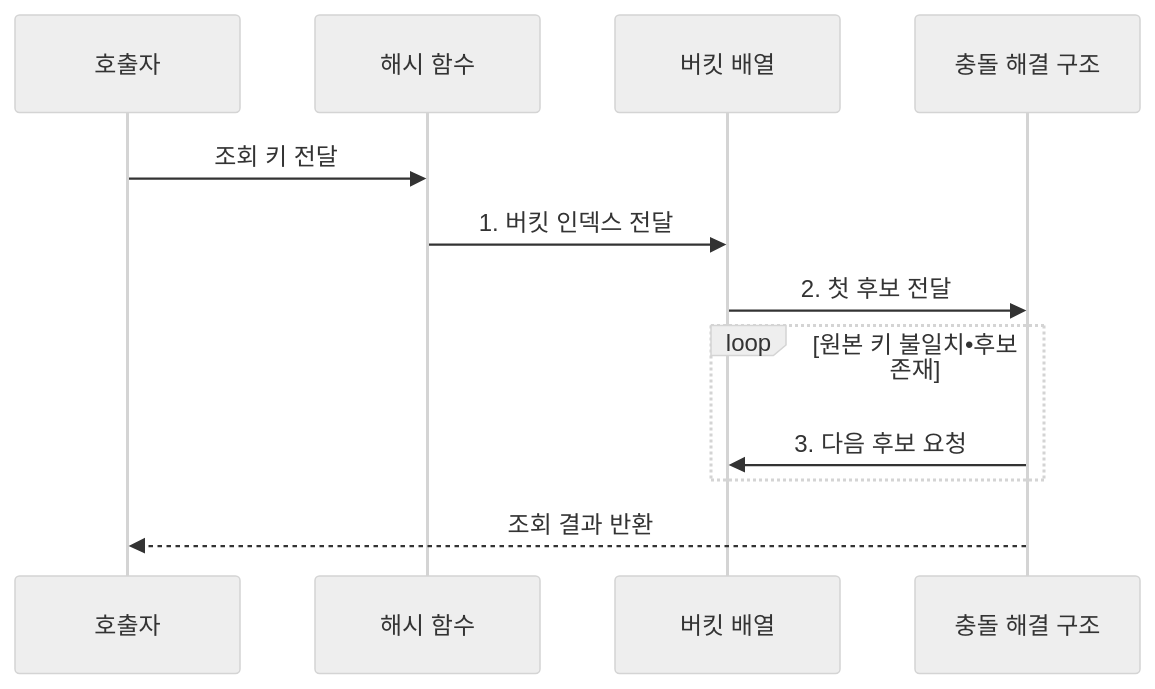
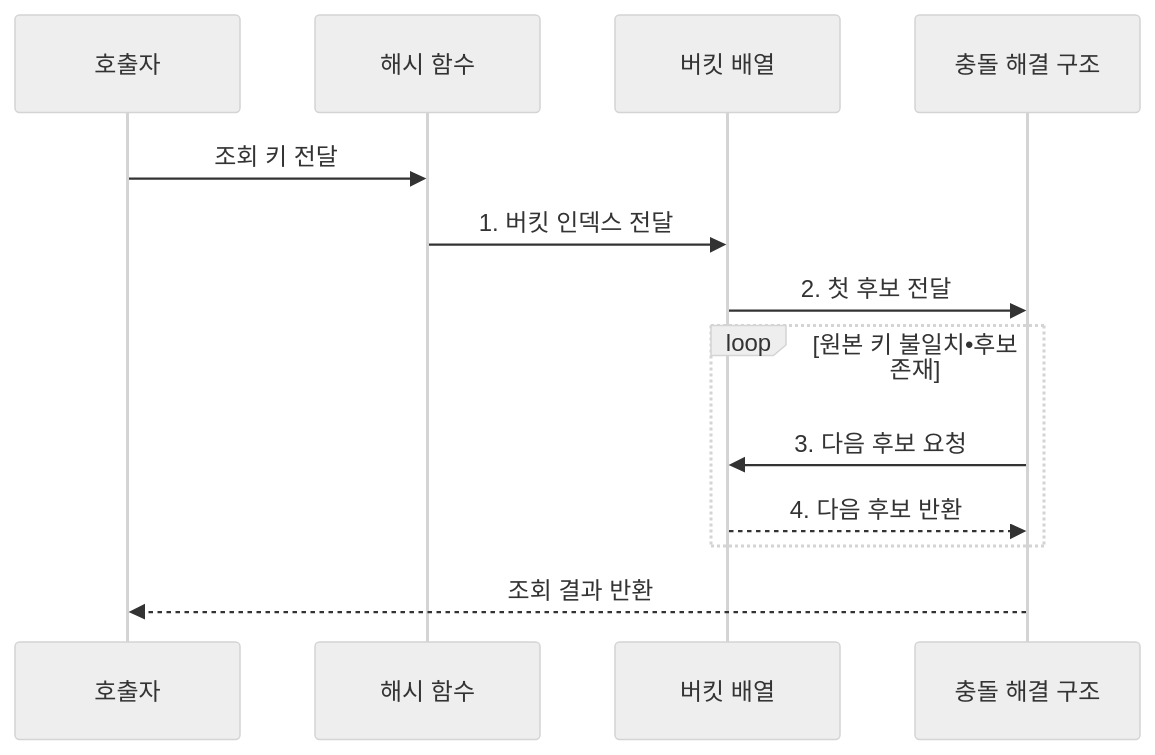
Before and after one commit to agnusdei1207/knowledge-base: the second of 2 diagrams in src/content/docs/notes/01-basic-theory/005_hash_table.md, drawn with Mermaid (neutral theme). The commit also changed other lines of this file and 19 other files, not shown here.

````diff
--- a/src/content/docs/notes/01-basic-theory/005_hash_table.md
+++ b/src/content/docs/notes/01-basic-theory/005_hash_table.md
@@ -82,14 +81,15 @@
 ```mermaid
 sequenceDiagram
     participant Q as 호출자
     participant H as 해시 함수
     participant B as 버킷 배열
     participant C as 충돌 해결 구조
     Q->>H: 조회 키 전달
     H->>B: 1. 버킷 인덱스 전달
     B->>C: 2. 첫 후보 전달
     loop 원본 키 불일치•후보 존재
         C->>B: 3. 다음 후보 요청
+        B-->>C: 4. 다음 후보 반환
     end
     C-->>Q: 조회 결과 반환
 ```
````
